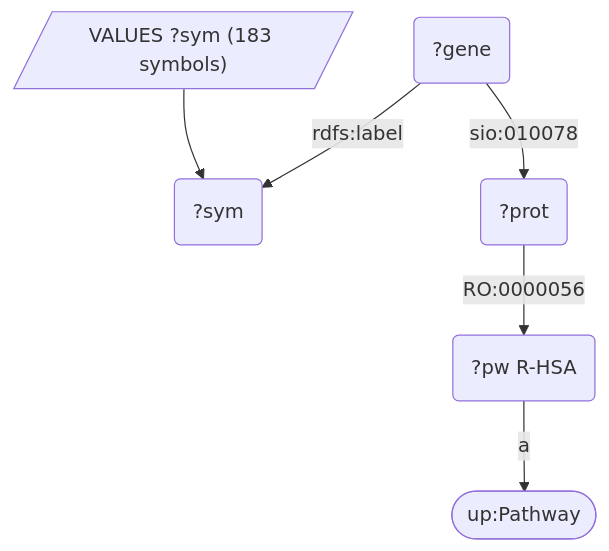
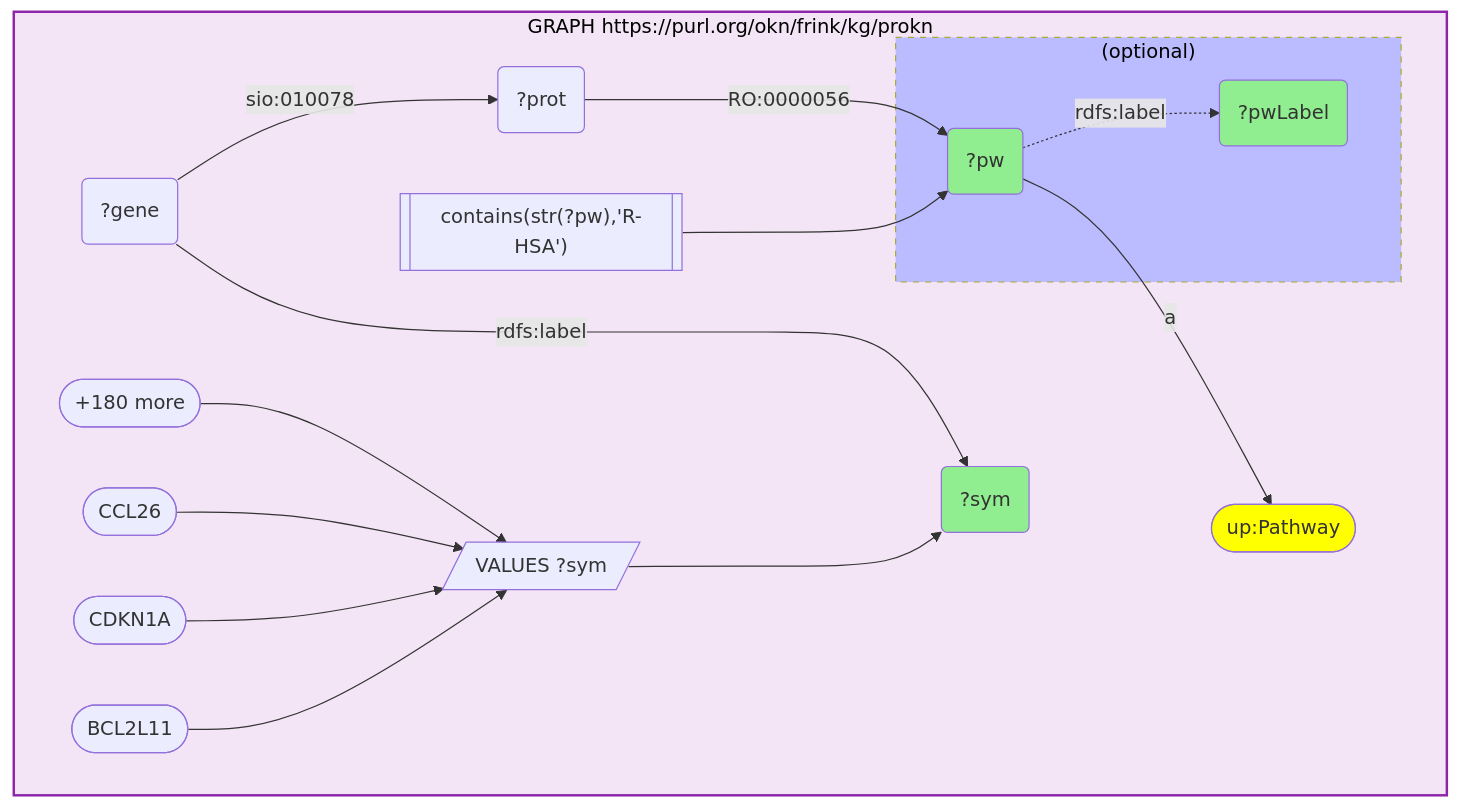
Before and after one commit to sbl-sdsc/mcp-okn: the seventh of 16 diagrams in docs/examples/Bisphenol-Exposome/Bisphenol-Exposome_reproducibility.md, drawn with Mermaid. The commit also changed other lines of this file and 2 other files, not shown here.

First line of the commit message:
fix(examples): restore KG boxes in Bisphenol-Exposome reproducibility diagrams

````diff
--- a/docs/examples/Bisphenol-Exposome/Bisphenol-Exposome_reproducibility.md
+++ b/docs/examples/Bisphenol-Exposome/Bisphenol-Exposome_reproducibility.md
@@ -287,8 +423,35 @@
 ```mermaid
 graph TD
-  q7bind[/"VALUES ?sym (183 symbols)"/] --> v2("?sym")
-  q7v4("?gene") --"rdfs:label"--> v2
-  q7v4 --"sio:010078"--> v3("?prot")
-  v3 --"RO:0000056"--> v1("?pw R-HSA")
-  v1 --"a"--> c([up:Pathway])
+classDef projected fill:lightgreen;
+classDef literal fill:orange;
+classDef iri fill:yellow;
+  q7v4("?gene")
+  q7v3("?prot")
+  q7v1("?pw"):::projected 
+  q7v5("?pwLabel"):::projected 
+  q7v2("?sym"):::projected 
+  subgraph q7graph0["GRAPH https://purl.org/okn/frink/kg/prokn"]
+    style q7graph0 fill:#f3e5f5,stroke:#8e24aa,stroke-width:2px,color:#000;
+    q7graph0c185(["up:Pathway"]):::iri 
+    q7graph0f0[["contains(str(?pw),'R-HSA')"]]
+    q7graph0f0 --> q7v1
+    q7graph0bind0[/"VALUES ?sym"/]
+    q7graph0bind0-->q7v2
+    q7graph0bind00(["BCL2L11"])
+    q7graph0bind00 --> q7graph0bind0
+    q7graph0bind01(["CDKN1A"])
+    q7graph0bind01 --> q7graph0bind0
+    q7graph0bind02(["CCL26"])
+    q7graph0bind02 --> q7graph0bind0
+    q7graph0bind0more([+180 more])
+    q7graph0bind0more --> q7graph0bind0
+    q7v1 --"a"--> q7graph0c185
+    q7v3 --"RO:0000056"--> q7v1
+    q7v4 --"sio:010078"--> q7v3
+    q7v4 --"rdfs:label"--> q7v2
+    subgraph q7optionalgraph00["(optional)"]
+    style q7optionalgraph00 fill:#bbf,stroke-dasharray: 5 5,color:#000;
+      q7v1 -."rdfs:label".-> q7v5
+    end
+  end
 ```
````
